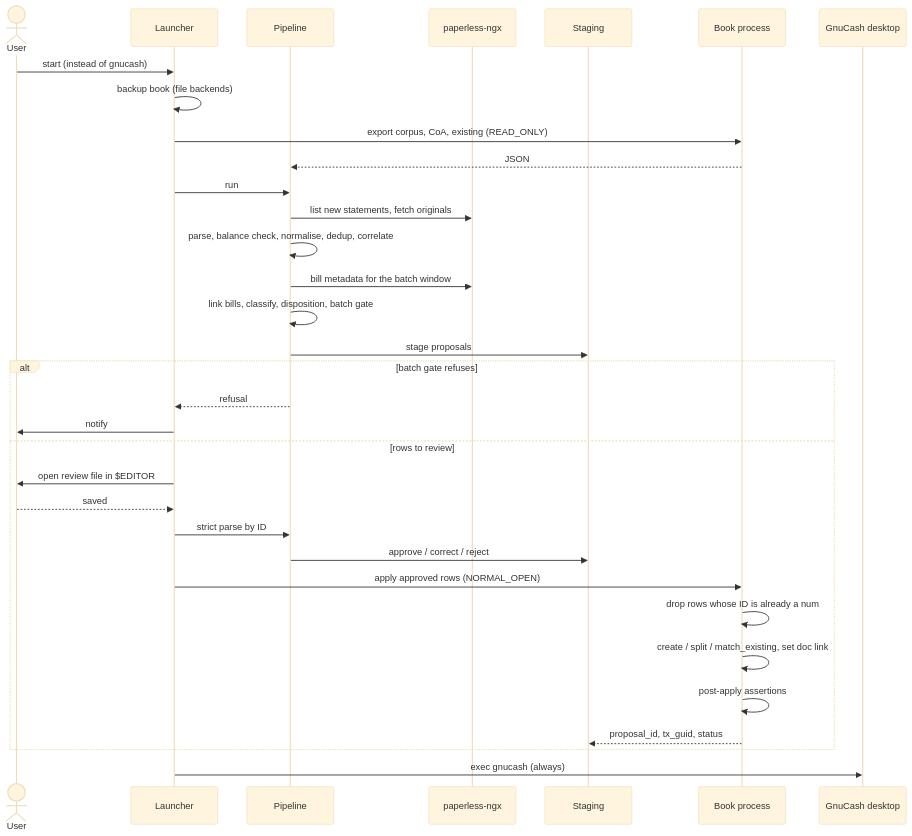
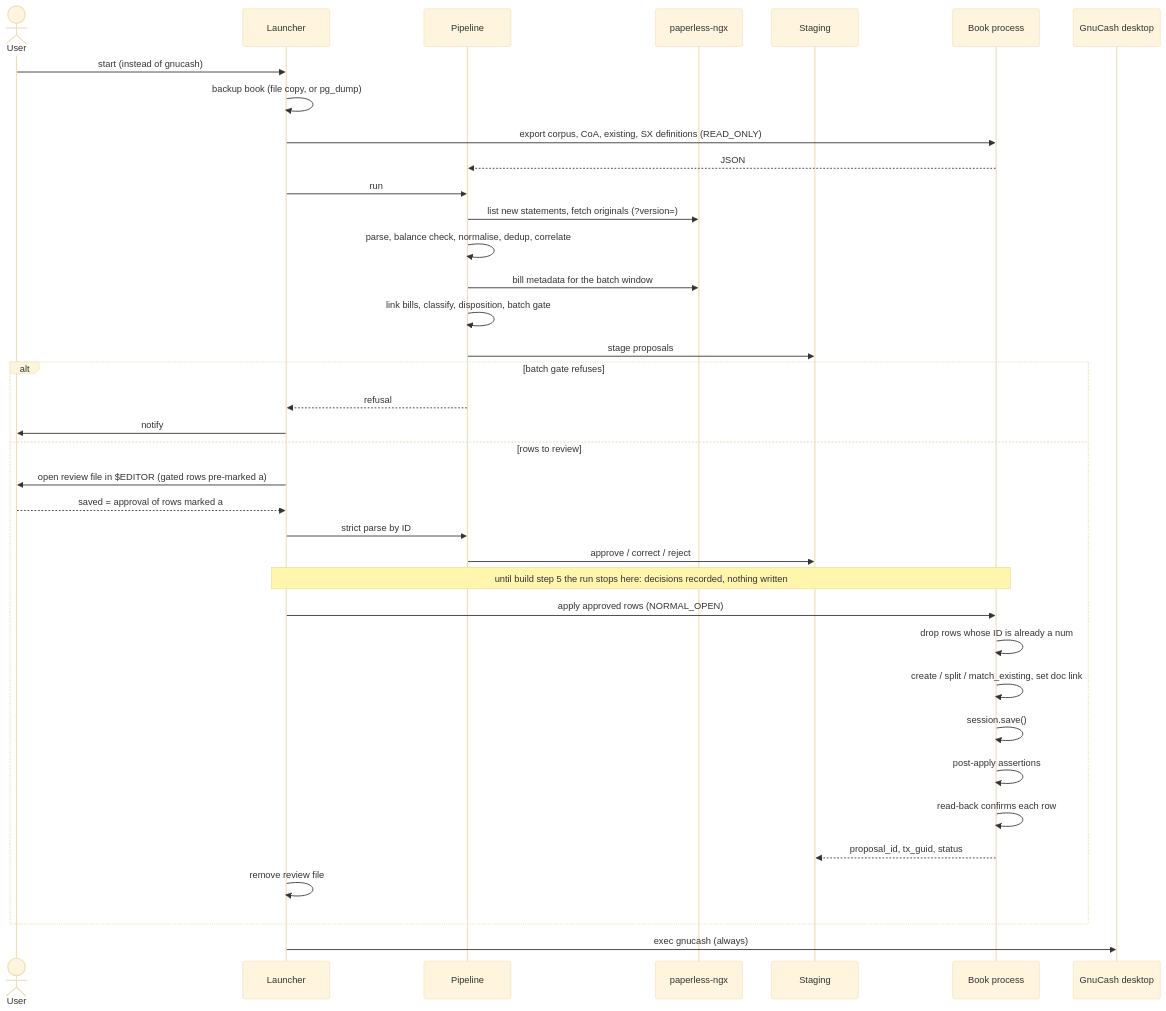
Before and after one commit to Ralphovi/autobook: the diagram in docs/design/architecture/diagrams/booking-run-sequence.mermaid, drawn with Mermaid (base theme). The commit also changed 17 other files, not shown here.

First line of the commit message:
docs: align the architecture description with the review fixes

```diff
--- a/docs/design/architecture/diagrams/booking-run-sequence.mermaid
+++ b/docs/design/architecture/diagrams/booking-run-sequence.mermaid
@@ -1,36 +1,40 @@
 %% Runtime — one interactive booking run (section 6.1)
 %% Diagrams as code. Render with any Mermaid renderer.
 sequenceDiagram
     actor U as User
     participant L as Launcher
     participant P as Pipeline
     participant PL as paperless-ngx
     participant S as Staging
     participant B as Book process
     participant G as GnuCash desktop
 
     U->>L: start (instead of gnucash)
-    L->>L: backup book (file backends)
-    L->>B: export corpus, CoA, existing (READ_ONLY)
+    L->>L: backup book (file copy, or pg_dump)
+    L->>B: export corpus, CoA, existing, SX definitions (READ_ONLY)
     B-->>P: JSON
     L->>P: run
-    P->>PL: list new statements, fetch originals
+    P->>PL: list new statements, fetch originals (?version=)
     P->>P: parse, balance check, normalise, dedup, correlate
     P->>PL: bill metadata for the batch window
     P->>P: link bills, classify, disposition, batch gate
     P->>S: stage proposals
     alt batch gate refuses
         P-->>L: refusal
         L->>U: notify
     else rows to review
-        L->>U: open review file in $EDITOR
-        U-->>L: saved
+        L->>U: open review file in $EDITOR (gated rows pre-marked a)
+        U-->>L: saved = approval of rows marked a
         L->>P: strict parse by ID
         P->>S: approve / correct / reject
+        Note over L,B: until build step 5 the run stops here: decisions recorded, nothing written
         L->>B: apply approved rows (NORMAL_OPEN)
         B->>B: drop rows whose ID is already a num
         B->>B: create / split / match_existing, set doc link
+        B->>B: session.save()
         B->>B: post-apply assertions
+        B->>B: read-back confirms each row
         B-->>S: proposal_id, tx_guid, status
+        L->>L: remove review file
     end
     L->>G: exec gnucash (always)
```
